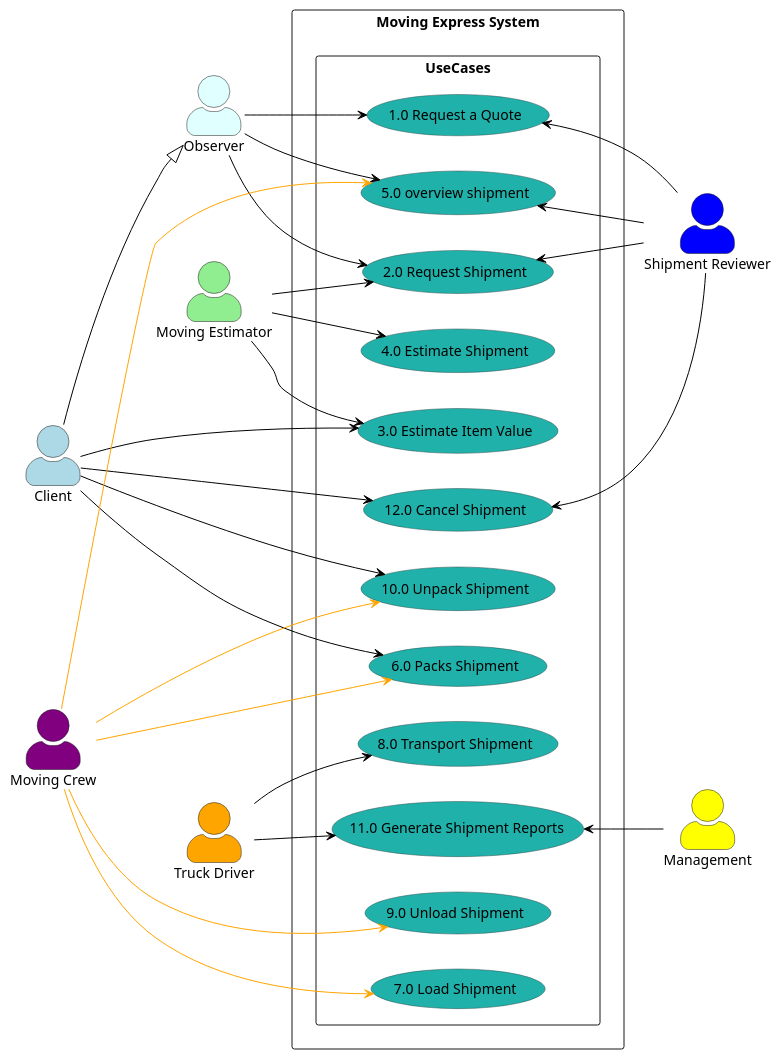
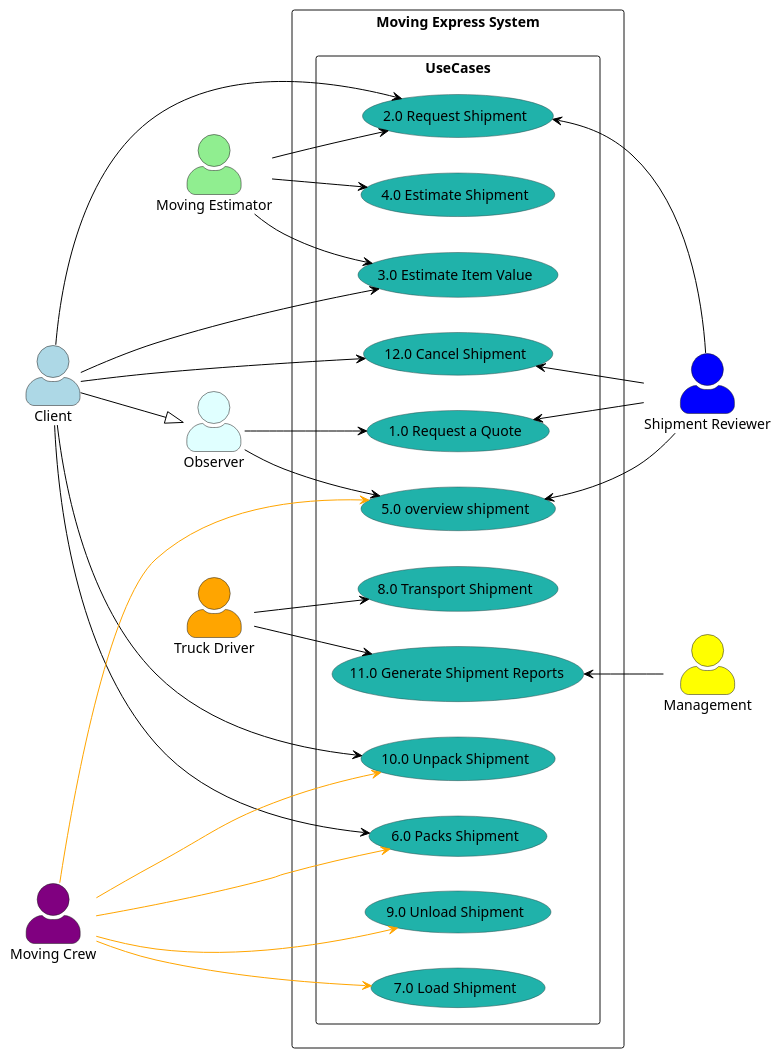
One commit to nic5694/MovingExpress changed the diagram in Diagrams/UseCaseDiagrams/HighShipmentMS.puml. Above: the diagram before and after it, drawn with PlantUML. The commit also changed 3 other files, not shown here.

```diff
--- a/Diagrams/UseCaseDiagrams/HighShipmentMS.puml
+++ b/Diagrams/UseCaseDiagrams/HighShipmentMS.puml
@@ -1,70 +1,70 @@
 @startuml
 
 left to right direction
 skinparam actorStyle awesome
 skinparam usecase {
     BackgroundColor DarkSeaGreen
     BorderColor DarkSlateGray
     ArrowColor Black
     ActorBorderColor black
     ActorFontName Courier
     ActorBackgroundColor<< Human >> Gold
 }
 
 actor Client as "Client" #LightBlue
 actor "Moving Estimator" as MovingEstimator #LightGreen
 actor "Truck Driver" as VanDriver #Orange
 actor "Moving Crew" as MovingCrew #Purple
 actor Management as "Management" #Yellow
 actor "Shipment Reviewer" as ShipmentReviewer #Blue
 actor "Observer" as Observer #LightCyan
 
 rectangle "Moving Express System" {
     rectangle UseCases {
       usecase "1.0 Request a Quote" as UC1 #LightSeaGreen
       usecase "2.0 Request Shipment" as UC2 #LightSeaGreen
       usecase "3.0 Estimate Item Value" as UC3 #LightSeaGreen
       usecase "4.0 Estimate Shipment" as UC4 #LightSeaGreen
       usecase "5.0 overview shipment" as UC5 #LightSeaGreen
       usecase "8.0 Transport Shipment" as UC8 #LightSeaGreen
       usecase "6.0 Packs Shipment" as UC6 #LightSeaGreen
       usecase "7.0 Load Shipment" as UC7 #LightSeaGreen
       usecase "9.0 Unload Shipment" as UC9 #LightSeaGreen
       usecase "10.0 Unpack Shipment" as UC10 #LightSeaGreen
       usecase "11.0 Generate Shipment Reports" as UC11 #LightSeaGreen
       usecase "12.0 Cancel Shipment" as UC12 #LightSeaGreen
     }
 }
 
 Client --|> Observer
 
 Client ---> UC12
 Client ---> UC6
 Client ---> UC3
+Client ---> UC2
 Client ---> UC10
 
 Observer --> UC1
-Observer --> UC2
 Observer --> UC5
 
 MovingEstimator --> UC2
 MovingEstimator --> UC4
 MovingEstimator --> UC3
 
 VanDriver --> UC8
 
 MovingCrew -[#Orange]--> UC6
 MovingCrew -[#Orange]--> UC5
 MovingCrew -[#Orange]--> UC7
 MovingCrew -[#Orange]--> UC9
 MovingCrew -[#Orange]--> UC10
 
 UC11 <-- Management
 VanDriver --> UC11
 
 UC2 <-- ShipmentReviewer
 UC1 <-- ShipmentReviewer
 UC12 <-- ShipmentReviewer
 UC5 <-- ShipmentReviewer
 
 @enduml
```
